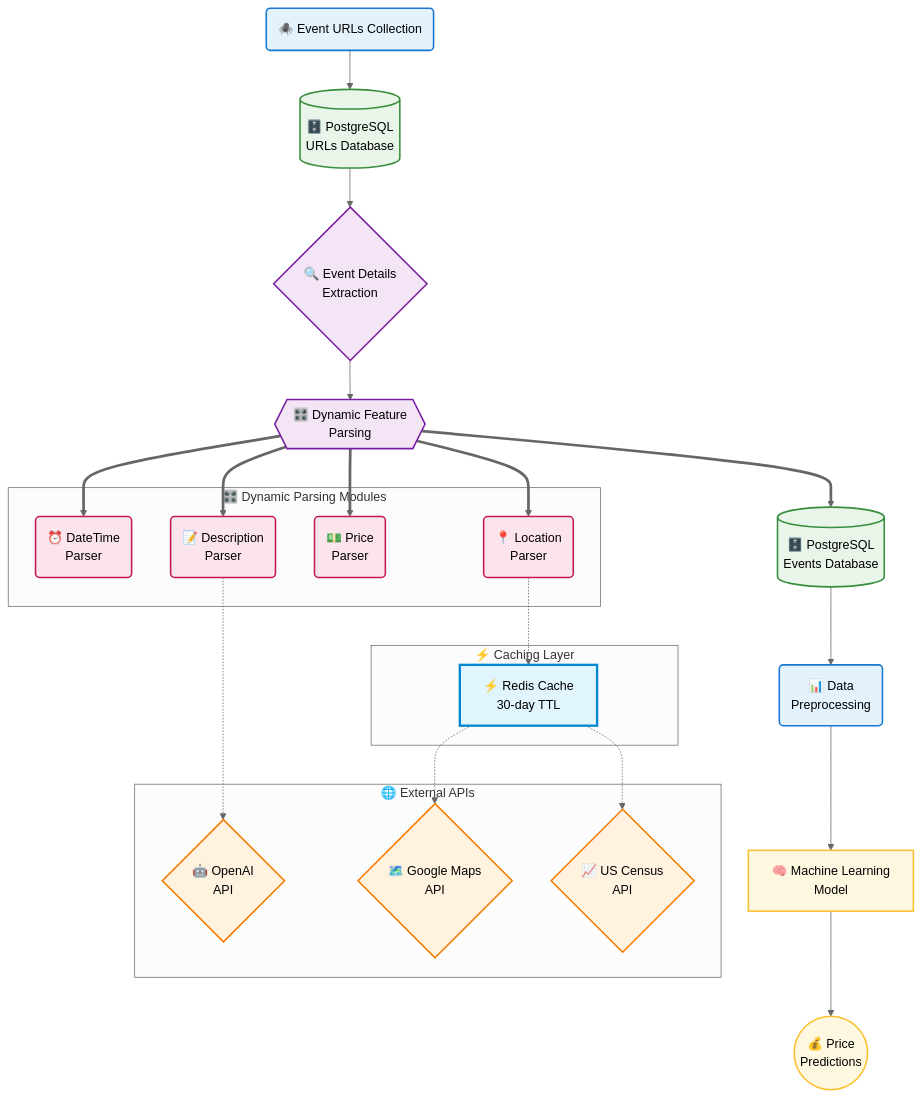
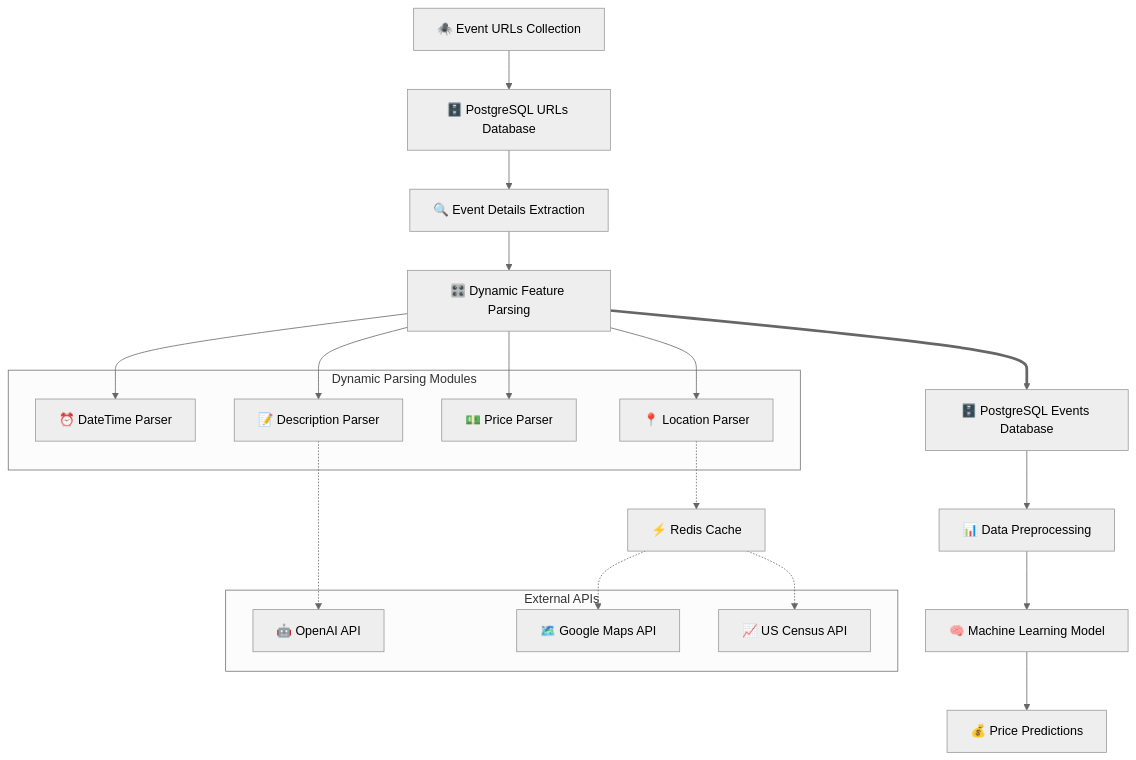
The diagram in README.md (John-Aradan/Dynamic-Pricing-Engine), drawn with Mermaid (neutral theme) before and after one commit.

````diff
--- a/README.md
+++ b/README.md
@@ -74,53 +74,35 @@
 ```mermaid
 graph TD
-    A(🕷️ Event URLs Collection) --> B[(🗄️ PostgreSQL<br/>URLs Database)]
-    B --> C{🔍 Event Details<br/>Extraction}
-    C --> D{{🎛️ Dynamic Feature<br/>Parsing}}
-    D ==> E[(🗄️ PostgreSQL<br/>Events Database)]
-    E --> F(📊 Data<br/>Preprocessing)
-    F --> G[🧠 Machine Learning<br/>Model]
-    G --> H((💰 Price<br/>Predictions))
+    A[🕷️ Event URLs Collection] --> B[🗄️ PostgreSQL URLs Database]
+    B --> C[🔍 Event Details Extraction]
+    C --> D[🎛️ Dynamic Feature Parsing]
+    D ==> E[🗄️ PostgreSQL Events Database]
+    E --> F[📊 Data Preprocessing]
+    F --> G[🧠 Machine Learning Model]
+    G --> H[💰 Price Predictions]
 
-    subgraph Parsing ["🎛️ Dynamic Parsing Modules"]
-        D1(⏰ DateTime<br/>Parser)
-        D2(📍 Location<br/>Parser)
-        D3(💵 Price<br/>Parser)
-        D4(📝 Description<br/>Parser)
+    subgraph "Dynamic Parsing Modules"
+        D1[⏰ DateTime Parser]
+        D2[📍 Location Parser]
+        D3[💵 Price Parser]
+        D4[📝 Description Parser]
     end
 
-    D ==> D1
-    D ==> D2
-    D ==> D3
-    D ==> D4
+    D --> D1
+    D --> D2
+    D --> D3
+    D --> D4
 
-    subgraph APIs ["🌐 External APIs"]
-        API1{🤖 OpenAI<br/>API}
-        API2{🗺️ Google Maps<br/>API}
-        API3{📈 US Census<br/>API}
+    subgraph "External APIs"
+        API1[🤖 OpenAI API]
+        API2[🗺️ Google Maps API]
+        API3[📈 US Census API]
     end
 
-    subgraph Cache ["⚡ Caching Layer"]
-        REDIS[⚡ Redis Cache<br/>30-day TTL]
-    end
+    REDIS[⚡ Redis Cache]
 
     D4 -.-> API1
     D2 -.-> REDIS
     REDIS -.-> API2
     REDIS -.-> API3
-
-    classDef process fill:#e3f2fd,stroke:#1976d2,stroke-width:2px
-    classDef database fill:#e8f5e8,stroke:#388e3c,stroke-width:2px
-    classDef api fill:#fff3e0,stroke:#f57c00,stroke-width:2px
-    classDef parser fill:#fce4ec,stroke:#c2185b,stroke-width:2px
-    classDef decision fill:#f3e5f5,stroke:#7b1fa2,stroke-width:2px
-    classDef result fill:#fff8e1,stroke:#fbc02d,stroke-width:2px
-    classDef cache fill:#e1f5fe,stroke:#0288d1,stroke-width:3px
-
-    class A,F process
-    class B,E database
-    class API1,API2,API3 api
-    class D1,D2,D3,D4 parser
-    class C,D decision
-    class G,H result
-    class REDIS cache
 ```
````
